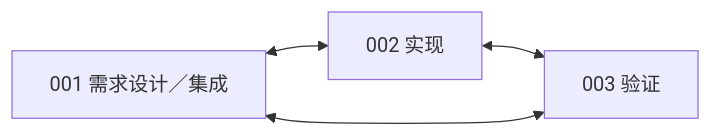
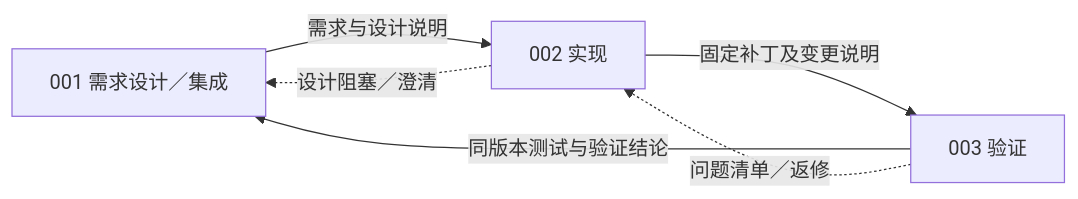
One commit to haoyueliuzhao/ProWorkSim changed the second of 6 diagrams in docs/experiments/software-benchmark-results-and-organizations-summary-20261030.md. Above: the diagram before and after it, drawn with Mermaid. The commit also changed other lines of this file and 2 other files, not shown here.

````diff
--- a/docs/experiments/software-benchmark-results-and-organizations-summary-20261030.md
+++ b/docs/experiments/software-benchmark-results-and-organizations-summary-20261030.md
@@ -79,9 +86,8 @@
 ```mermaid
 flowchart LR
-    A["001 需求设计／集成"]
-    B["002 实现"]
-    C["003 验证"]
-    A <--> B
-    B <--> C
-    C <--> A
+    L1["001 需求设计／集成"] -->|需求与设计说明| L2["002 实现"]
+    L2 -->|固定补丁及变更说明| L3["003 验证"]
+    L3 -->|同版本测试与验证结论| L1
+    L3 -.->|问题清单／返修| L2
+    L2 -.->|设计阻塞／澄清| L1
 ```
````
